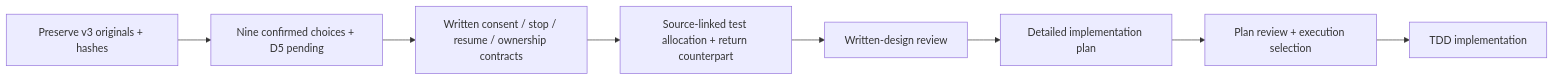
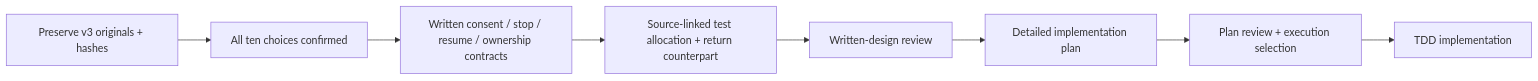
Before and after one commit to nikb-de/proofkey-dwelly: the diagram in openspec/changes/proofkey-v21-harness-contracts/drive-workflow-v3.md, drawn with Mermaid. The commit also changed other lines of this file and 11 other files, not shown here.

````diff
--- a/openspec/changes/proofkey-v21-harness-contracts/drive-workflow-v3.md
+++ b/openspec/changes/proofkey-v21-harness-contracts/drive-workflow-v3.md
@@ -58,10 +58,10 @@
 ```mermaid
 flowchart LR
-    Source[Preserve v3 originals + hashes] --> Questions[Nine confirmed choices + D5 pending]
+    Source[Preserve v3 originals + hashes] --> Questions[All ten choices confirmed]
     Questions --> Process[Written consent / stop / resume / ownership contracts]
     Process --> Tests[Source-linked test allocation + return counterpart]
     Tests --> Review[Written-design review]
     Review --> Plan[Detailed implementation plan]
     Plan --> Approval[Plan review + execution selection]
     Approval --> Build[TDD implementation]
 ```
````
